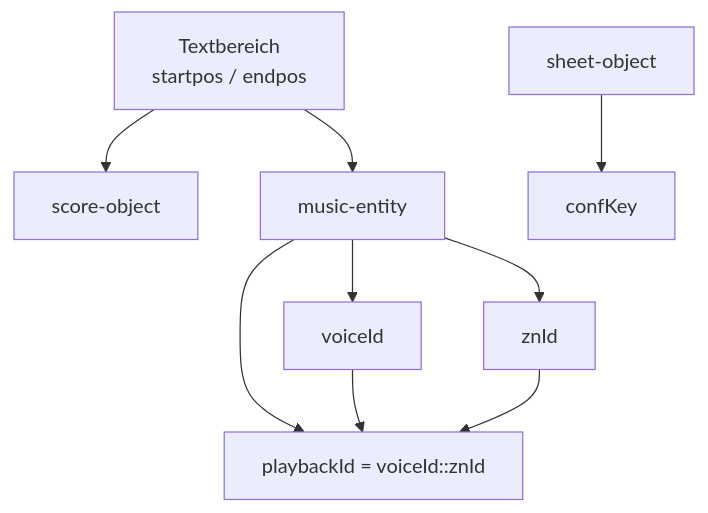
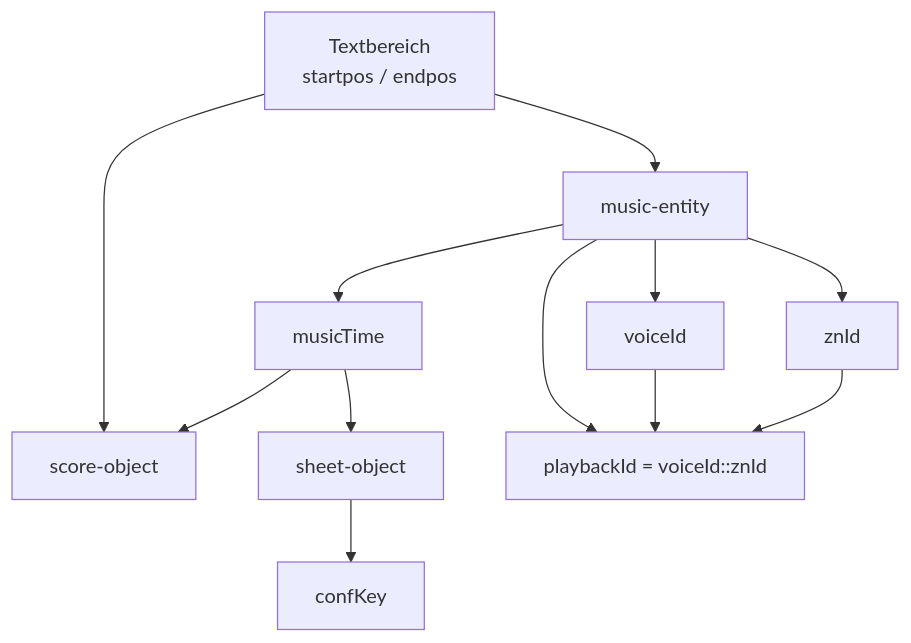
The second of 5 diagrams in docs/phase-5/architektur_selection_perspektiven.md (bwl21/zupfnoter-ts), drawn with Mermaid before and after one commit. The commit also changed other lines of this file and 23 other files, not shown here.

First line of the commit message:
Stabilize selection voice identity and document the architecture issue

````diff
--- a/docs/phase-5/architektur_selection_perspektiven.md
+++ b/docs/phase-5/architektur_selection_perspektiven.md
@@ -211,22 +212,26 @@
 ```mermaid
 flowchart TB
     Text["Textbereich
 startpos / endpos"]
     ScoreObj["score-object"]
     Music["music-entity"]
     SheetObj["sheet-object"]
 
     ZnId["znId"]
     VoiceId["voiceId"]
+    MusicTime["musicTime"]
     ConfKey["confKey"]
     PlaybackId["playbackId = voiceId::znId"]
 
     Text --> ScoreObj
     Text --> Music
     Music --> ZnId
     Music --> VoiceId
+    Music --> MusicTime
     SheetObj --> ConfKey
     Music --> PlaybackId
     VoiceId --> PlaybackId
     ZnId --> PlaybackId
+    MusicTime --> SheetObj
+    MusicTime --> ScoreObj
 ```
````
